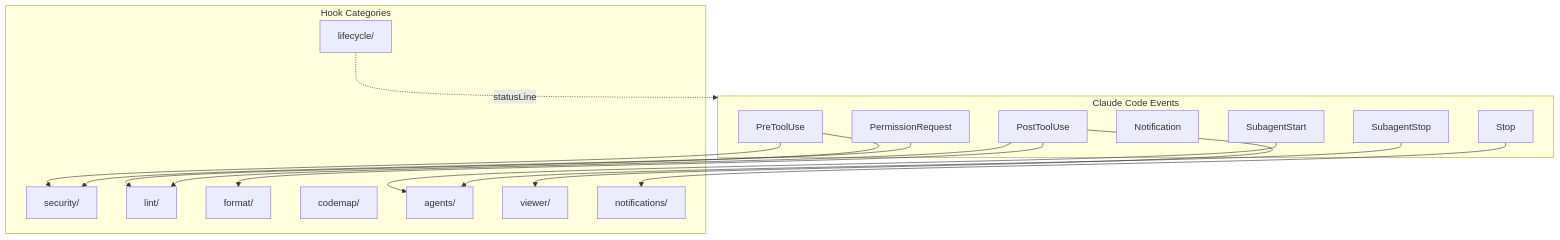
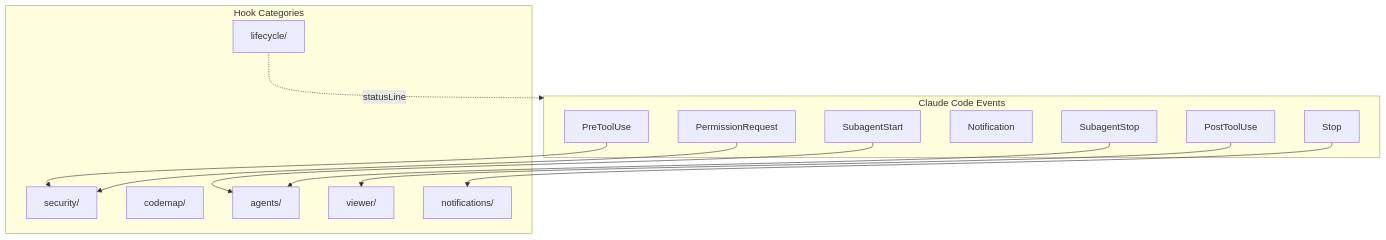
One commit to thkt/dotclaude changed the first of 2 diagrams in docs/HOOKS.md. Above: the diagram before and after it, drawn with Mermaid. The commit also changed other lines of this file and 7 other files, not shown here.

````diff
--- a/docs/HOOKS.md
+++ b/docs/HOOKS.md
@@ -7,34 +7,29 @@
 ```mermaid
 graph TD
     subgraph Events["Claude Code Events"]
         PRE[PreToolUse]
         POST[PostToolUse]
         PERM[PermissionRequest]
         NOTIFY[Notification]
         STOP[Stop]
         SUB_START[SubagentStart]
         SUB_STOP[SubagentStop]
     end
 
     subgraph Hooks["Hook Categories"]
         SEC[security/]
-        LINT[lint/]
-        FORMAT[format/]
         LIFE[lifecycle/]
         CODEMAP[codemap/]
         AGENTS[agents/]
         VIEWER[viewer/]
         NOTIFY_H[notifications/]
     end
 
     PRE --> SEC
-    PRE --> LINT
-    POST --> FORMAT
-    POST --> LINT
     POST --> VIEWER
     PERM --> SEC
     STOP --> NOTIFY_H
     SUB_START --> AGENTS
     SUB_STOP --> AGENTS
     LIFE -.->|statusLine| Events
 ```
````
